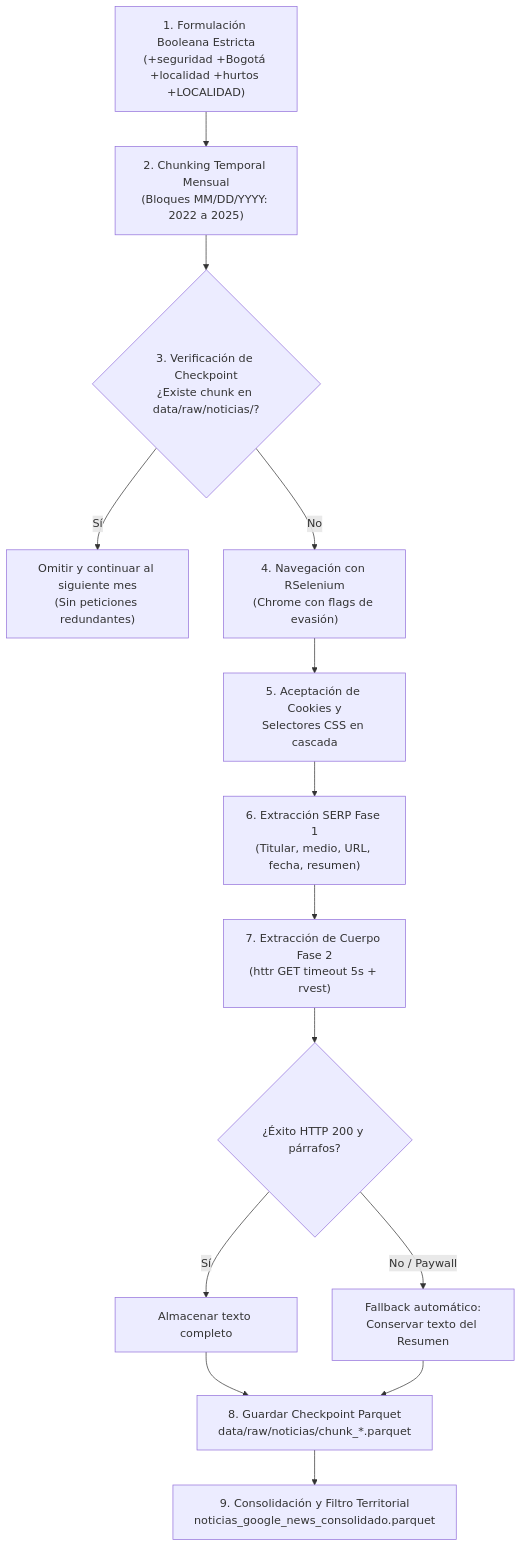
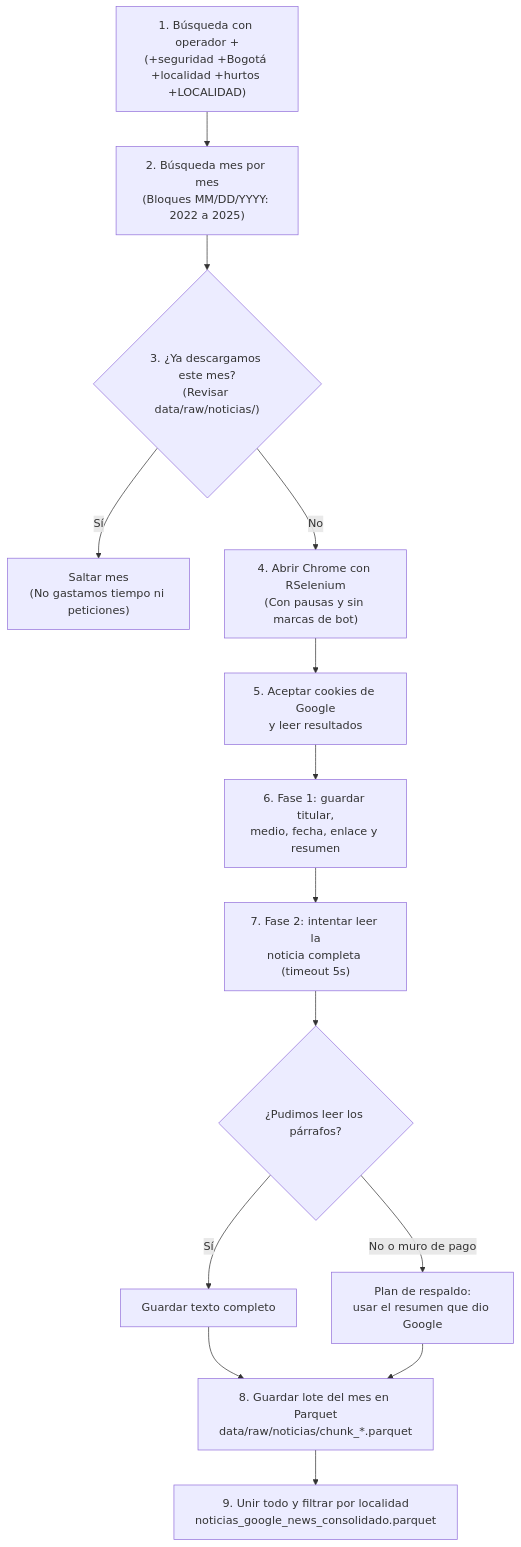
One commit to juanjo-edm/Repo_Entrega_Final_Taller_R changed the diagram in scripts/01_ingesta/02_scraping_noticias/README.md. Above: the diagram before and after it, drawn with Mermaid. The commit also changed other lines of this file and 7 other files, not shown here.

Commit message:
docs: simplificar y humanizar lenguaje de todos los READMEs preservando diagramas Mermaid y enlaces

````diff
--- a/scripts/01_ingesta/02_scraping_noticias/README.md
+++ b/scripts/01_ingesta/02_scraping_noticias/README.md
@@ -15,15 +17,15 @@
 ```mermaid
 flowchart TD
-    A["1. Formulación Booleana Estricta<br/>(+seguridad +Bogotá +localidad +hurtos +LOCALIDAD)"] --> B["2. Chunking Temporal Mensual<br/>(Bloques MM/DD/YYYY: 2022 a 2025)"]
-    B --> C{"3. Verificación de Checkpoint<br/>¿Existe chunk en data/raw/noticias/?"}
-    C -- Sí --> D["Omitir y continuar al siguiente mes<br/>(Sin peticiones redundantes)"]
-    C -- No --> E["4. Navegación con RSelenium<br/>(Chrome con flags de evasión)"]
-    E --> F["5. Aceptación de Cookies y<br/>Selectores CSS en cascada"]
-    F --> G["6. Extracción SERP Fase 1<br/>(Titular, medio, URL, fecha, resumen)"]
-    G --> H["7. Extracción de Cuerpo Fase 2<br/>(httr GET timeout 5s + rvest)"]
-    H --> I{"¿Éxito HTTP 200 y párrafos?"}
-    I -- Sí --> J["Almacenar texto completo"]
-    I -- No / Paywall --> K["Fallback automático:<br/>Conservar texto del Resumen"]
-    J & K --> L["8. Guardar Checkpoint Parquet<br/>data/raw/noticias/chunk_*.parquet"]
-    L --> M["9. Consolidación y Filtro Territorial<br/>noticias_google_news_consolidado.parquet"]
+    A["1. Búsqueda con operador +<br/>(+seguridad +Bogotá +localidad +hurtos +LOCALIDAD)"] --> B["2. Búsqueda mes por mes<br/>(Bloques MM/DD/YYYY: 2022 a 2025)"]
+    B --> C{"3. ¿Ya descargamos este mes?<br/>(Revisar data/raw/noticias/)"}
+    C -- Sí --> D["Saltar mes<br/>(No gastamos tiempo ni peticiones)"]
+    C -- No --> E["4. Abrir Chrome con RSelenium<br/>(Con pausas y sin marcas de bot)"]
+    E --> F["5. Aceptar cookies de Google<br/>y leer resultados"]
+    F --> G["6. Fase 1: guardar titular,<br/>medio, fecha, enlace y resumen"]
+    G --> H["7. Fase 2: intentar leer la<br/>noticia completa (timeout 5s)"]
+    H --> I{"¿Pudimos leer los párrafos?"}
+    I -- Sí --> J["Guardar texto completo"]
+    I -- No o muro de pago --> K["Plan de respaldo:<br/>usar el resumen que dio Google"]
+    J & K --> L["8. Guardar lote del mes en Parquet<br/>data/raw/noticias/chunk_*.parquet"]
+    L --> M["9. Unir todo y filtrar por localidad<br/>noticias_google_news_consolidado.parquet"]
 ```
````
